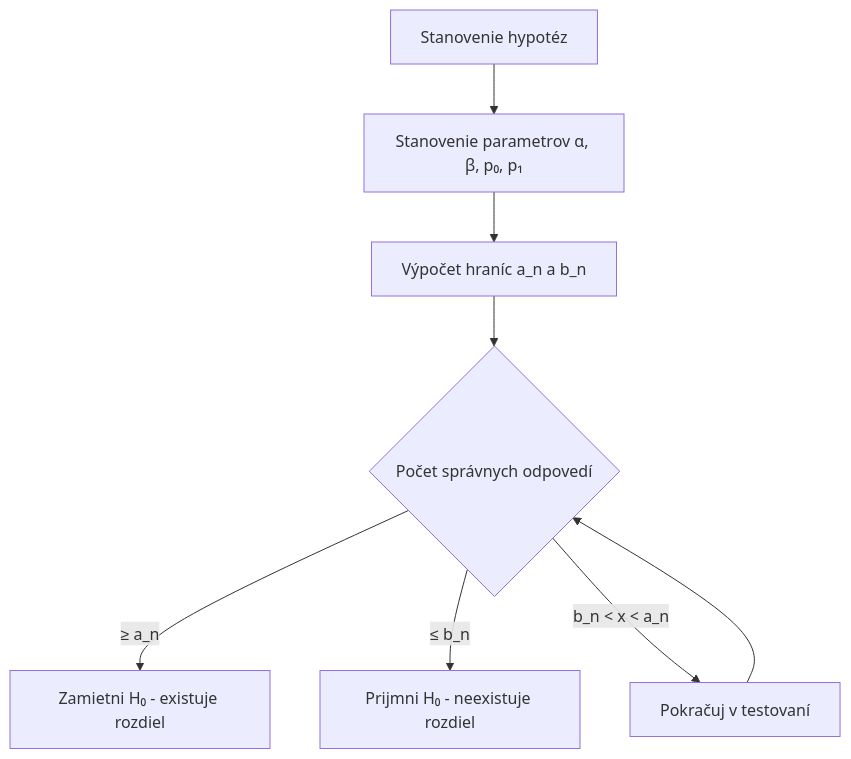
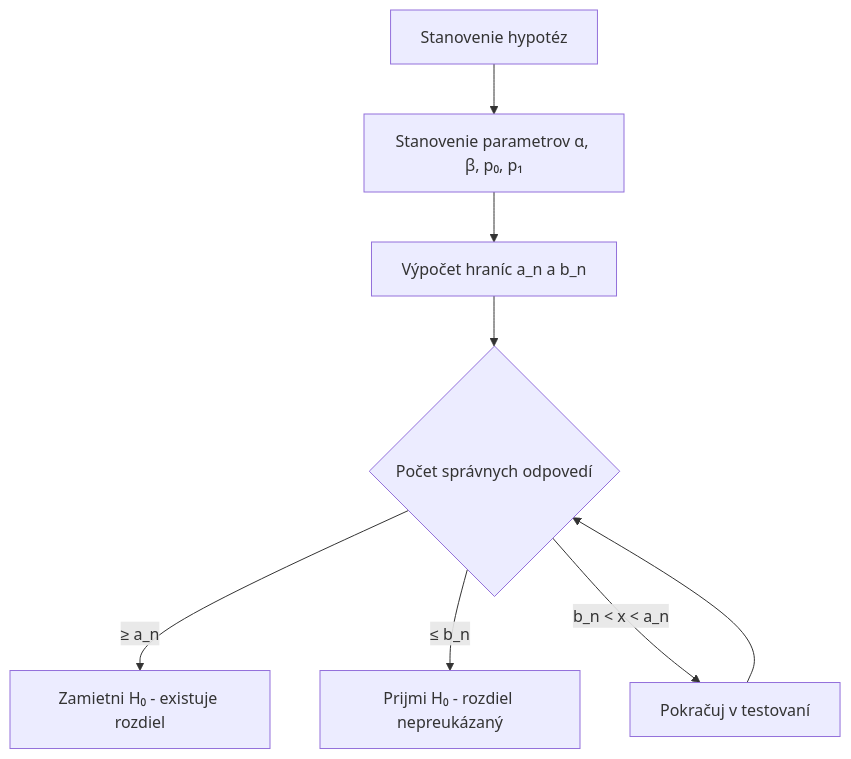
The second of 4 diagrams in prezentacie/skalovanie.qmd (senzorika/SAP), drawn with Mermaid before and after one commit. The commit also changed other lines of this file and 36 other files, not shown here.

````diff
--- a/prezentacie/skalovanie.qmd
+++ b/prezentacie/skalovanie.qmd
@@ -188,10 +188,10 @@
 ```mermaid
 graph TD
     A[Stanovenie hypotéz] --> B[Stanovenie parametrov α, β, p₀, p₁]
     B --> C[Výpočet hraníc a_n a b_n]
     C --> D{Počet správnych odpovedí}
     D -->|≥ a_n| E[Zamietni H₀ - existuje rozdiel]
-    D -->|≤ b_n| F[Prijmni H₀ - neexistuje rozdiel]
+    D -->|≤ b_n| F[Prijmi H₀ - rozdiel nepreukázaný]
     D -->|b_n < x < a_n| G[Pokračuj v testovaní]
     G --> D
 ```
````
